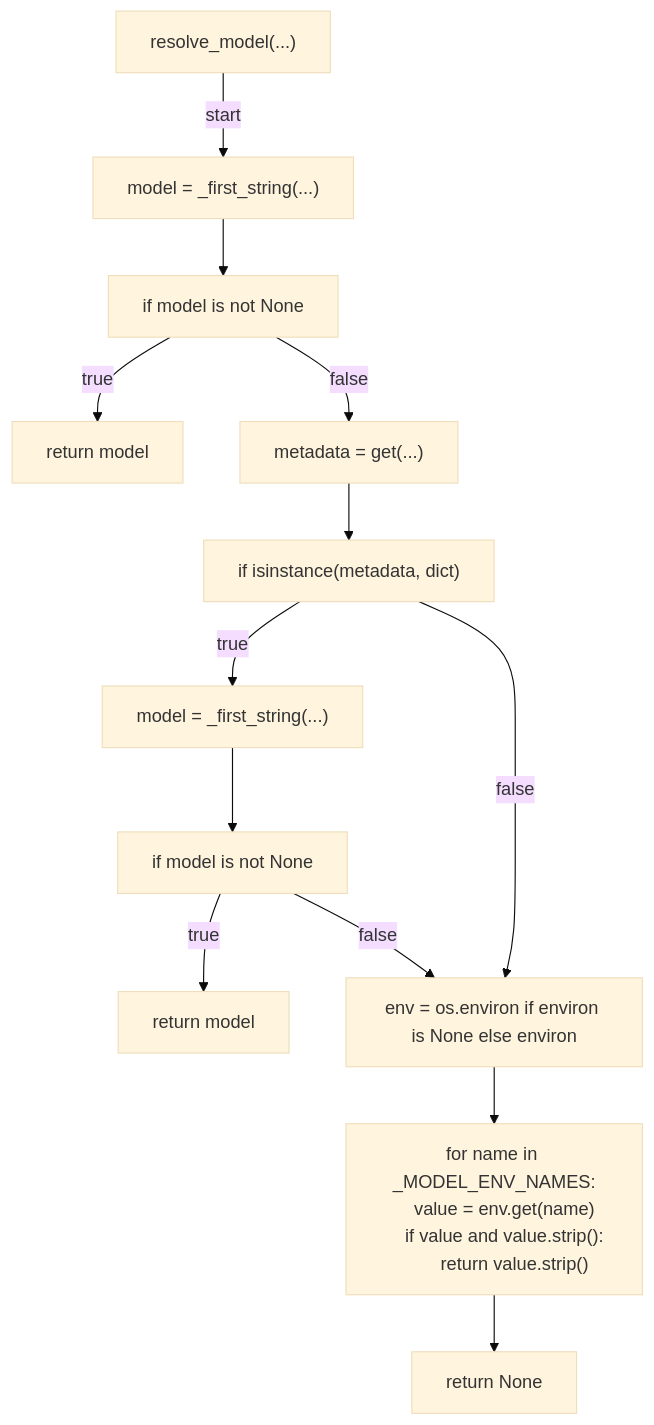
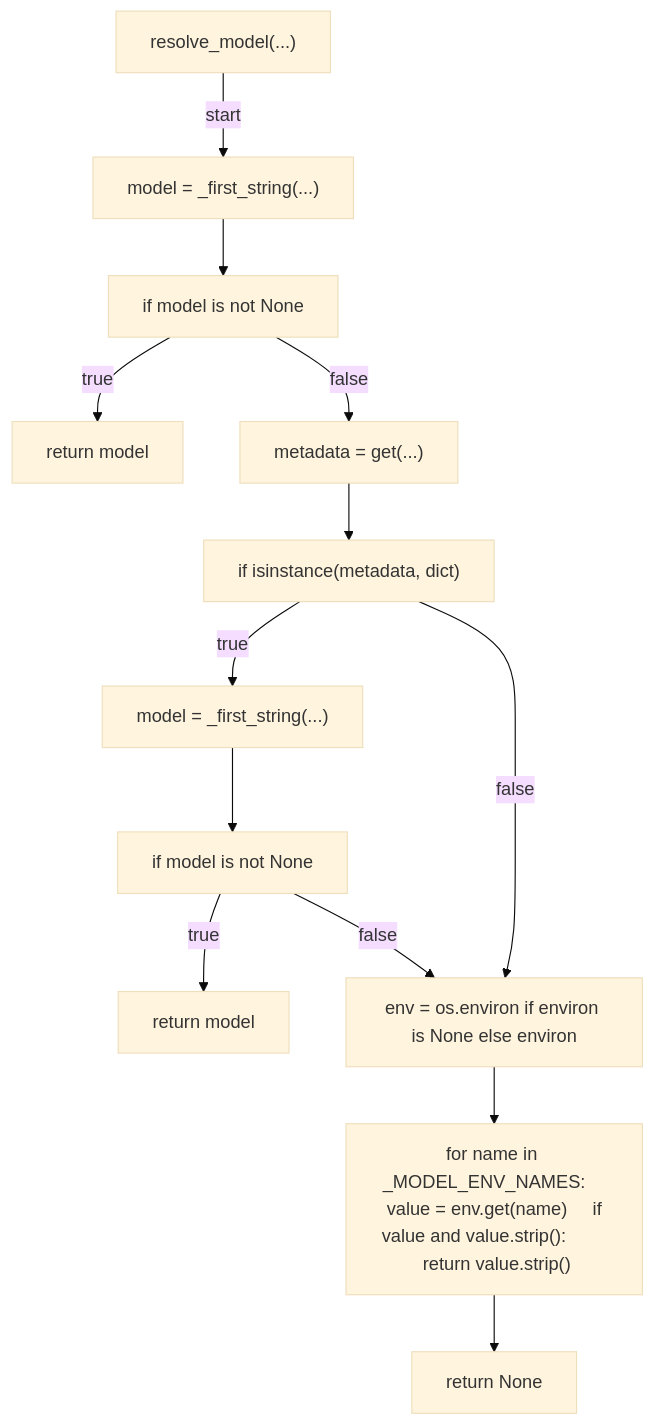
One commit to tvna/claude-md changed the third of 6 diagrams in docs/generated/scripts/ast/preflight_codex_github_footer.md. Above: the diagram before and after it, drawn with Mermaid (base theme). The commit also changed other lines of this file and 29 other files, not shown here.

First line of the commit message:
docs(generated): regenerate decision tree and workflow diagrams (batch 3/5)

````diff
--- a/docs/generated/scripts/ast/preflight_codex_github_footer.md
+++ b/docs/generated/scripts/ast/preflight_codex_github_footer.md
@@ -40,30 +37,27 @@
 ```mermaid
 flowchart TD
     N001["resolve_model(...)"]
     N002["model = _first_string(...)"]
     N003["if model is not None"]
     N004["return model"]
     N005["metadata = get(...)"]
     N006["if isinstance(metadata, dict)"]
     N007["model = _first_string(...)"]
     N008["if model is not None"]
     N009["return model"]
     N010["env = os.environ if environ is None else environ"]
-    N011["for name in _MODEL_ENV_NAMES:
-    value = env.get(name)
-    if value and value.strip():
-        return value.strip()"]
+    N011["for name in _MODEL_ENV_NAMES:     value = env.get(name)     if value and value.strip():         return value.strip()"]
     N012["return None"]
     N001 -->|"start"| N002
     N002 --> N003
     N003 -->|"true"| N004
     N003 -->|"false"| N005
     N005 --> N006
     N006 -->|"true"| N007
     N007 --> N008
     N008 -->|"true"| N009
     N008 -->|"false"| N010
     N006 -->|"false"| N010
     N010 --> N011
     N011 --> N012
 ```
````
